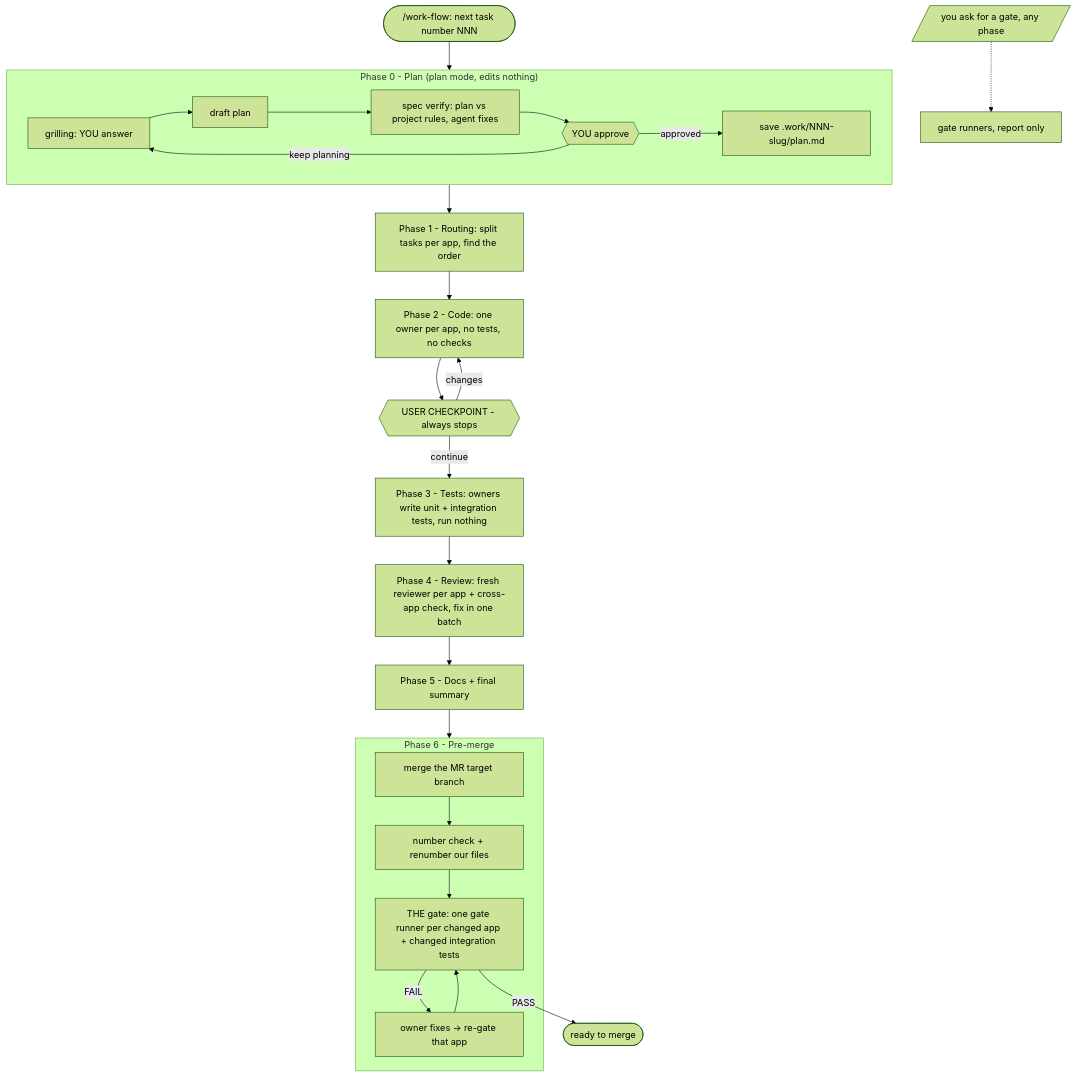
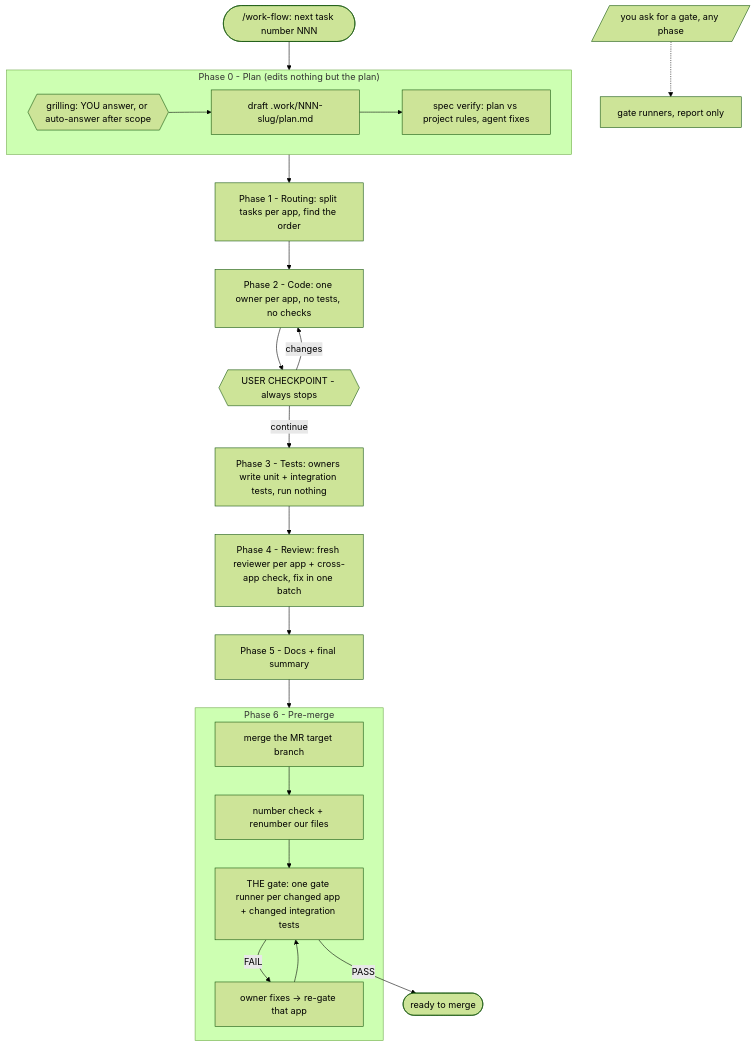
One commit to naphatwx/naphatwx-tools changed the diagram in plugins/naphatwx-tools/skills/work-flow/README.md. Above: the diagram before and after it, drawn with Mermaid (forest theme). The commit also changed other lines of this file and 8 other files, not shown here.

````diff
--- a/plugins/naphatwx-tools/skills/work-flow/README.md
+++ b/plugins/naphatwx-tools/skills/work-flow/README.md
@@ -22,30 +22,27 @@
 ```mermaid
 flowchart TD
     START([/work-flow: next task number NNN]) --> P0
-    subgraph P0["Phase 0 - Plan (plan mode, edits nothing)"]
-        GR[grilling: YOU answer] --> DR[draft plan]
+    subgraph P0["Phase 0 - Plan (edits nothing but the plan)"]
+        GR{{grilling: YOU answer, or auto-answer after scope}} --> DR[draft .work/NNN-slug/plan.md]
         DR --> VER[spec verify: plan vs project rules, agent fixes]
-        VER --> AP{{YOU approve}}
-        AP -->|keep planning| GR
-        AP -->|approved| SV[save .work/NNN-slug/plan.md]
     end
 
     P0 --> P1[Phase 1 - Routing: split tasks per app, find the order]
     P1 --> P2[Phase 2 - Code: one owner per app, no tests, no checks]
     P2 --> CP{{USER CHECKPOINT - always stops}}
     CP -->|changes| P2
     CP -->|continue| P3[Phase 3 - Tests: owners write unit + integration tests, run nothing]
     P3 --> P4[Phase 4 - Review: fresh reviewer per app + cross-app check, fix in one batch]
     P4 --> P5[Phase 5 - Docs + final summary]
     P5 --> P6
 
     subgraph P6["Phase 6 - Pre-merge"]
         M[merge the MR target branch] --> N[number check + renumber our files]
         N --> G[THE gate: one gate runner per changed app + changed integration tests]
         G -->|FAIL| F[owner fixes → re-gate that app]
         F --> G
     end
 
     G -->|PASS| DONE([ready to merge])
     ASK[/you ask for a gate, any phase/] -.-> ON[gate runners, report only]
 ```
````
